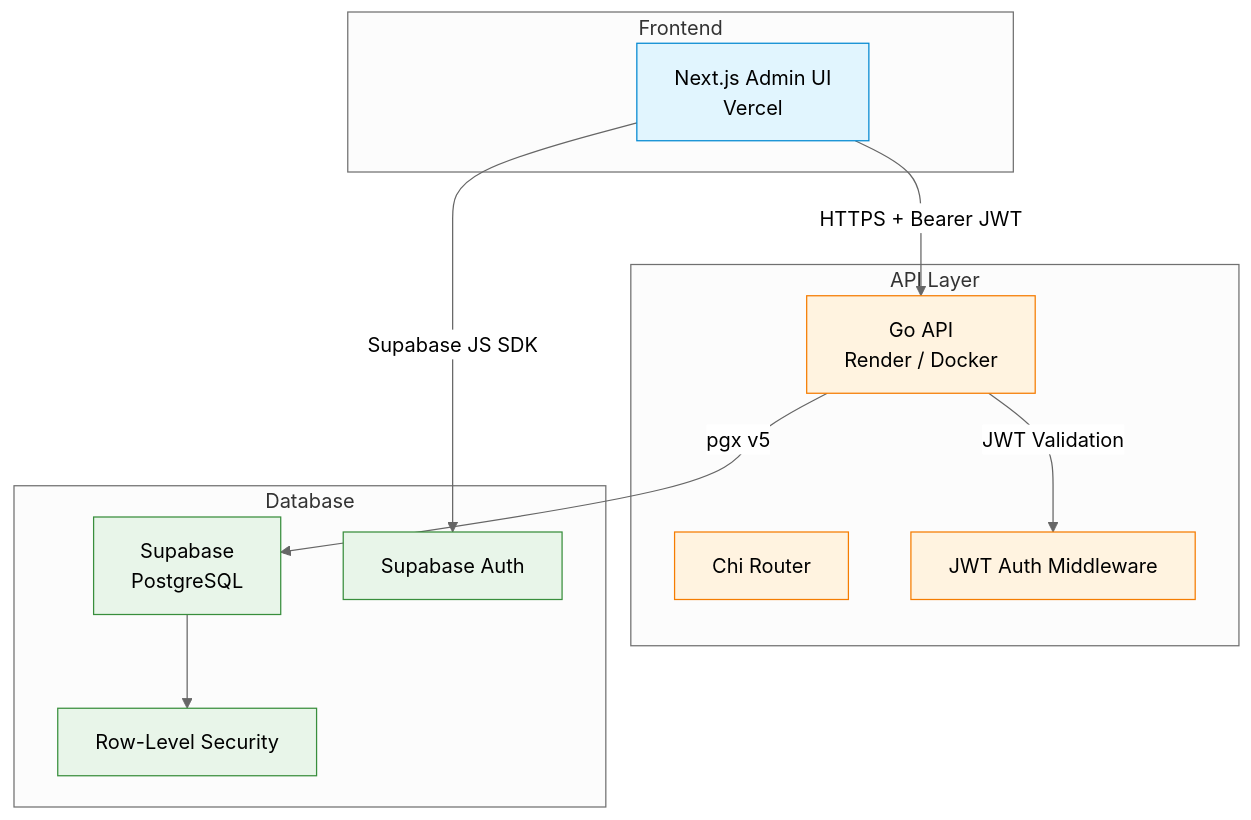
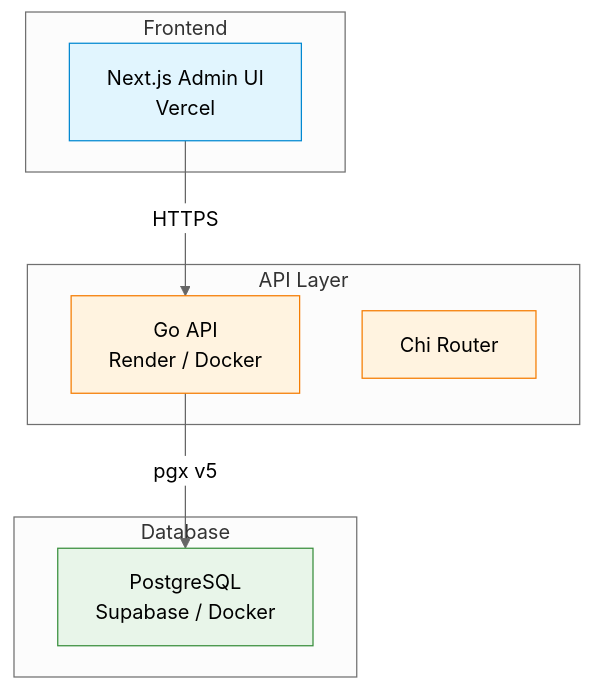
Before and after one commit to Godwin-88/musical-computing-machine: the first of 2 diagrams in README.md, drawn with Mermaid (neutral theme). The commit also changed other lines of this file and 29 other files, not shown here.

````diff
--- a/README.md
+++ b/README.md
@@ -7,31 +7,25 @@
 ```mermaid
 graph TB
     subgraph "Frontend"
         NEXT[Next.js Admin UI<br/>Vercel]
     end
 
     subgraph "API Layer"
         GO[Go API<br/>Render / Docker]
         CHI[Chi Router]
-        JWT[JWT Auth Middleware]
     end
 
     subgraph "Database"
-        SUPABASE[Supabase<br/>PostgreSQL]
-        AUTH[Supabase Auth]
-        RLS[Row-Level Security]
+        PG[PostgreSQL<br/>Supabase / Docker]
     end
 
-    NEXT -->|HTTPS + Bearer JWT| GO
-    NEXT -->|Supabase JS SDK| AUTH
-    GO -->|pgx v5| SUPABASE
-    GO -->|JWT Validation| JWT
-    SUPABASE --> RLS
+    NEXT -->|HTTPS| GO
+    GO -->|pgx v5| PG
 
     classDef frontend fill:#e1f5fe,stroke:#0288d1
     classDef api fill:#fff3e0,stroke:#f57c00
     classDef db fill:#e8f5e9,stroke:#388e3c
     class NEXT frontend
-    class GO,CHI,JWT api
-    class SUPABASE,AUTH,RLS db
+    class GO,CHI api
+    class PG db
 ```
````
